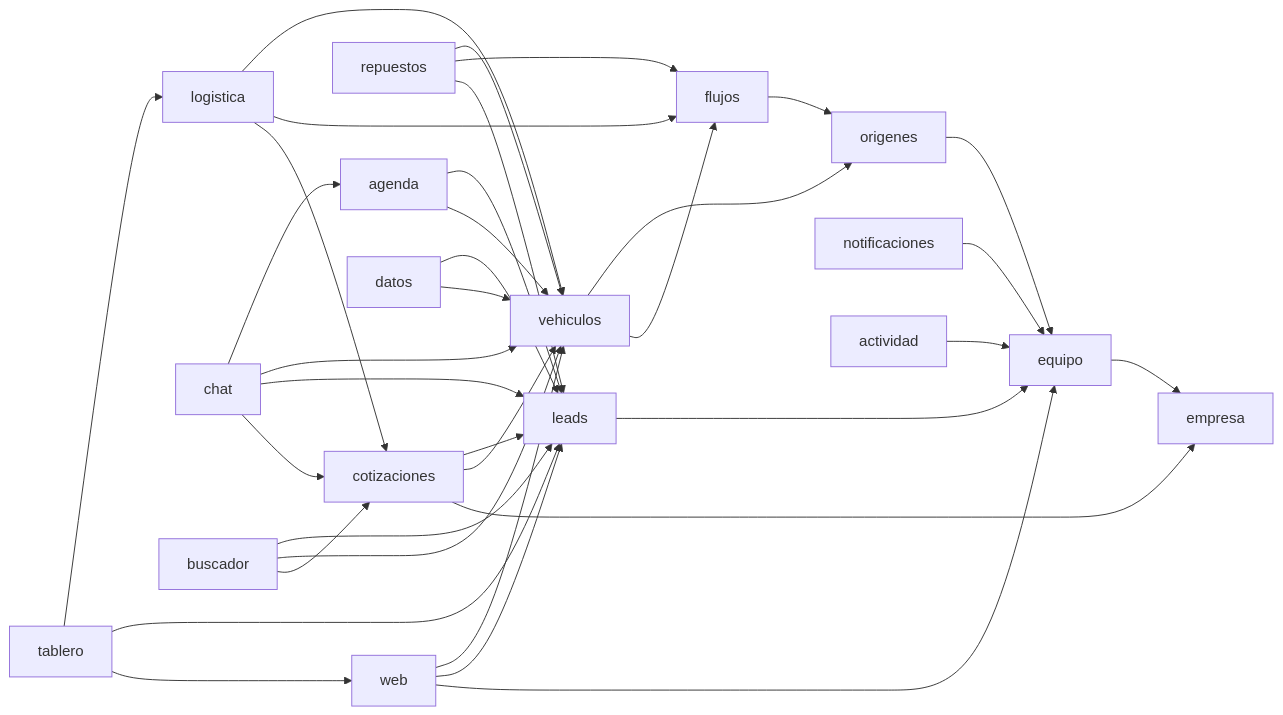
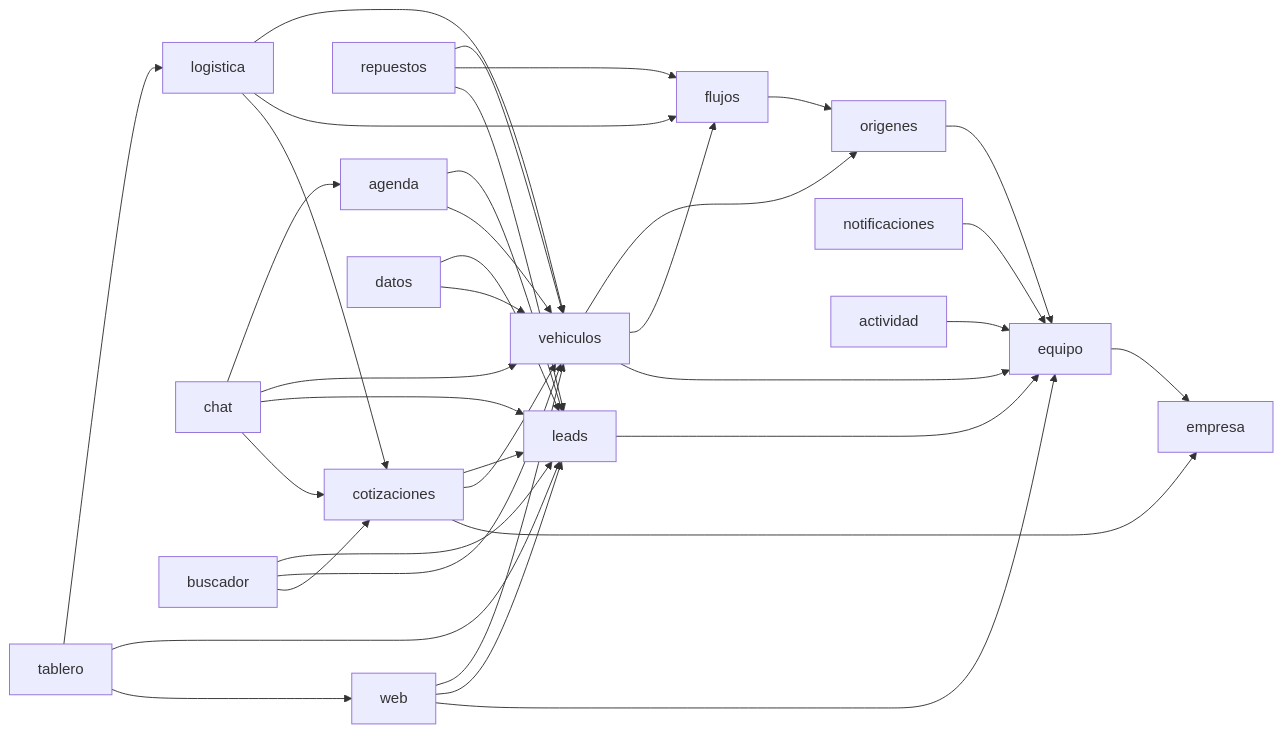
The diagram in docs/ARQUITECTURA.md (AndresEduardoRA/calesa.app), drawn with Mermaid before and after one commit. The commit also changed other lines of this file and 6 other files, not shown here.

````diff
--- a/docs/ARQUITECTURA.md
+++ b/docs/ARQUITECTURA.md
@@ -9,37 +9,38 @@
 ```mermaid
 flowchart LR
   equipo --> empresa
   origenes --> equipo
   flujos --> origenes
   vehiculos --> origenes
   vehiculos --> flujos
+  vehiculos --> equipo
   leads --> equipo
   cotizaciones --> leads
   cotizaciones --> vehiculos
   cotizaciones --> empresa
   logistica --> vehiculos
   logistica --> flujos
   logistica --> cotizaciones
   repuestos --> vehiculos
   repuestos --> flujos
   repuestos --> leads
   agenda --> leads
   agenda --> vehiculos
   chat --> agenda
   chat --> vehiculos
   chat --> leads
   chat --> cotizaciones
   notificaciones --> equipo
   actividad --> equipo
   web --> vehiculos
   web --> leads
   web --> equipo
   buscador --> leads
   buscador --> vehiculos
   buscador --> cotizaciones
   tablero --> logistica
   tablero --> leads
   tablero --> web
   datos --> leads
   datos --> vehiculos
 ```
````
